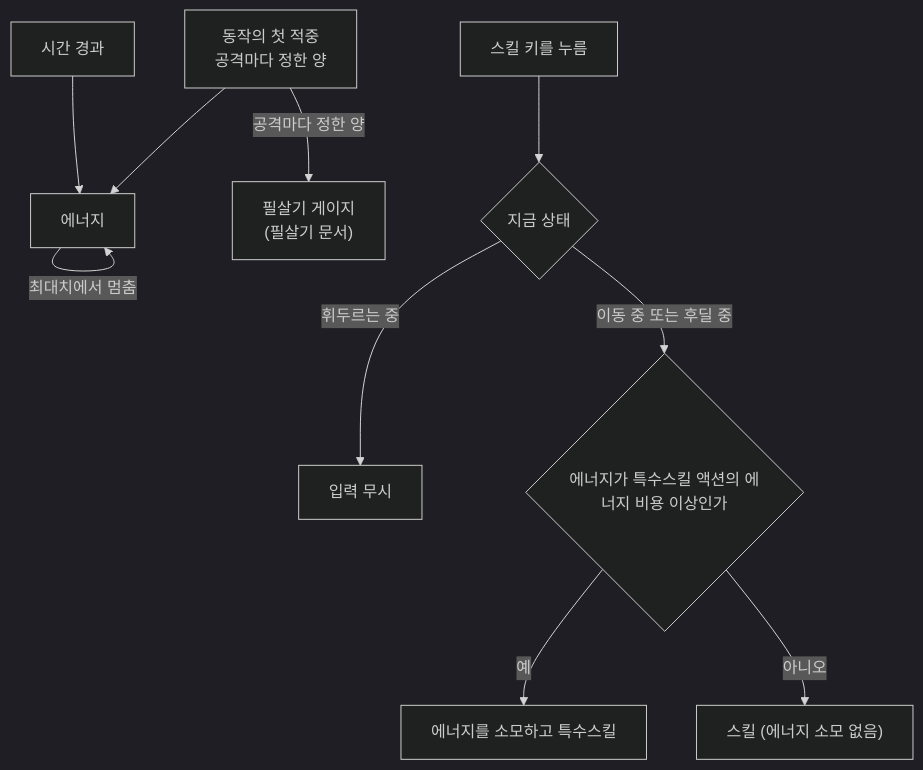
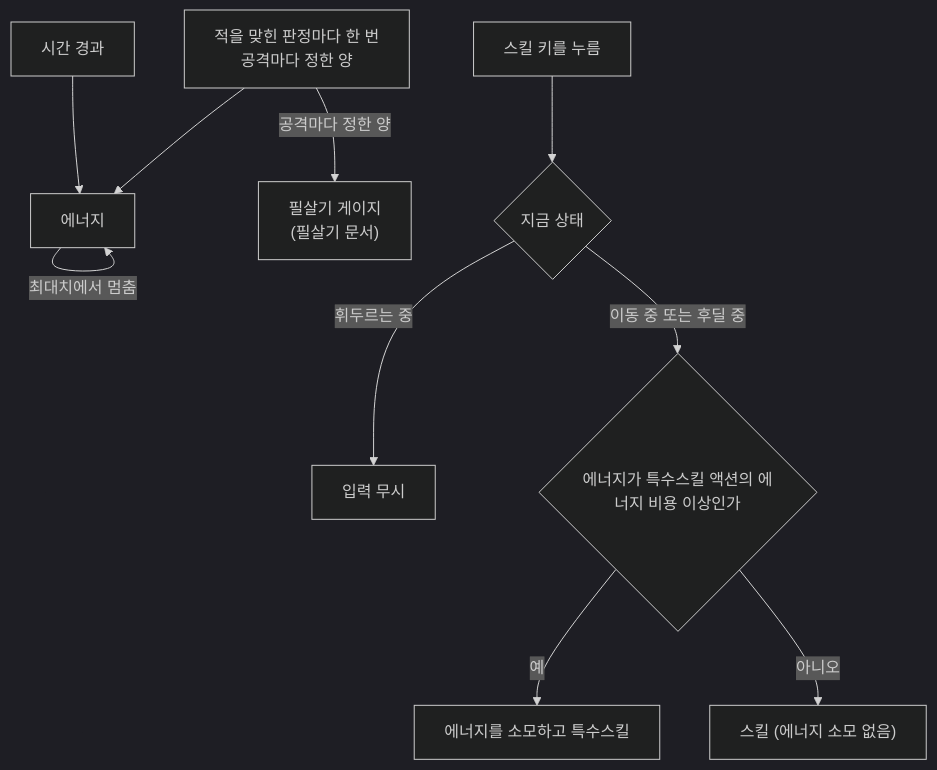
Before and after one commit to SquashPrince/Develrocket_mp15_HHH: the fifth of 7 diagrams in Docs/Technical/Player/PlayerAttack.md, drawn with Mermaid (dark theme). The commit also changed other lines of this file and 48 other files, not shown here.

````diff
--- a/Docs/Technical/Player/PlayerAttack.md
+++ b/Docs/Technical/Player/PlayerAttack.md
@@ -174,12 +175,12 @@
 ```mermaid
 flowchart TD
     T["시간 경과"] --> E["에너지"]
-    HIT["동작의 첫 적중<br>공격마다 정한 양"] --> E
+    HIT["적을 맞힌 판정마다 한 번<br>공격마다 정한 양"] --> E
     HIT -->|"공격마다 정한 양"| UG["필살기 게이지<br>(필살기 문서)"]
     E -->|"최대치에서 멈춤"| E
     K["스킬 키를 누름"] --> W{"지금 상태"}
     W -->|"휘두르는 중"| X["입력 무시"]
     W -->|"이동 중 또는 후딜 중"| Q{"에너지가 특수스킬 액션의 에너지 비용 이상인가"}
     Q -->|"예"| SP["에너지를 소모하고 특수스킬"]
     Q -->|"아니오"| SK["스킬 (에너지 소모 없음)"]
 ```
````
